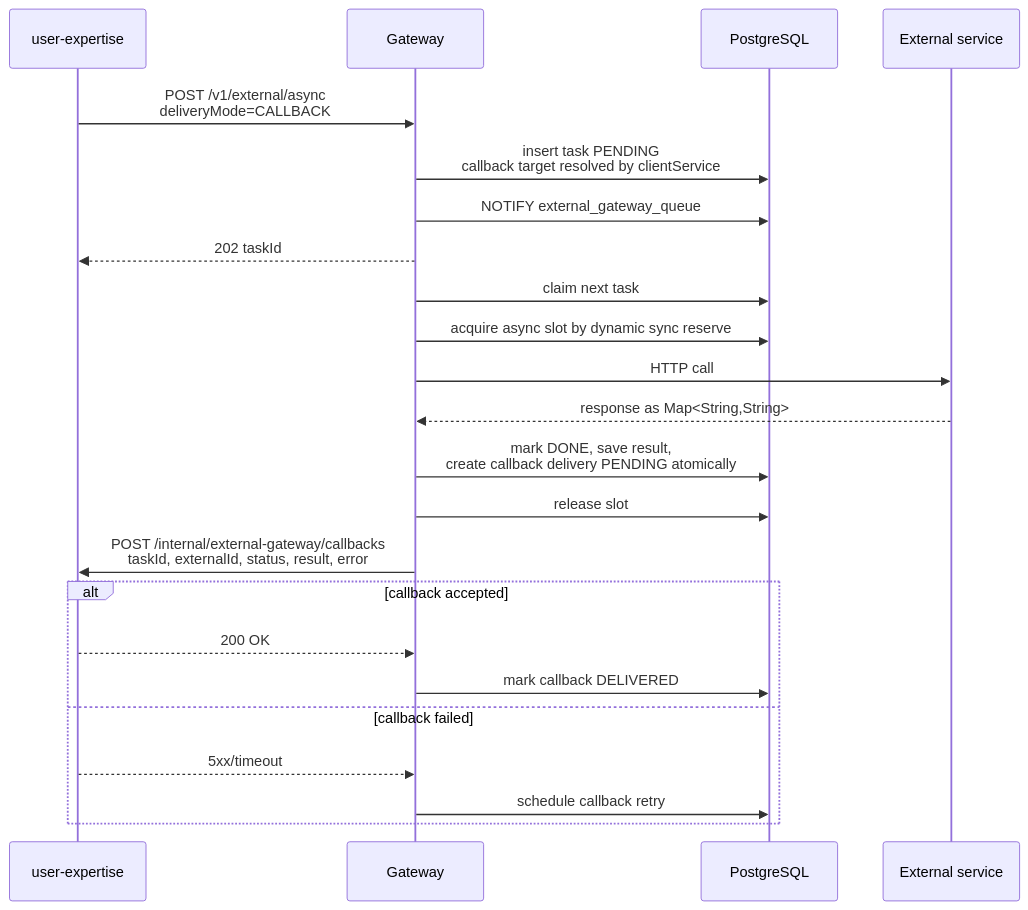
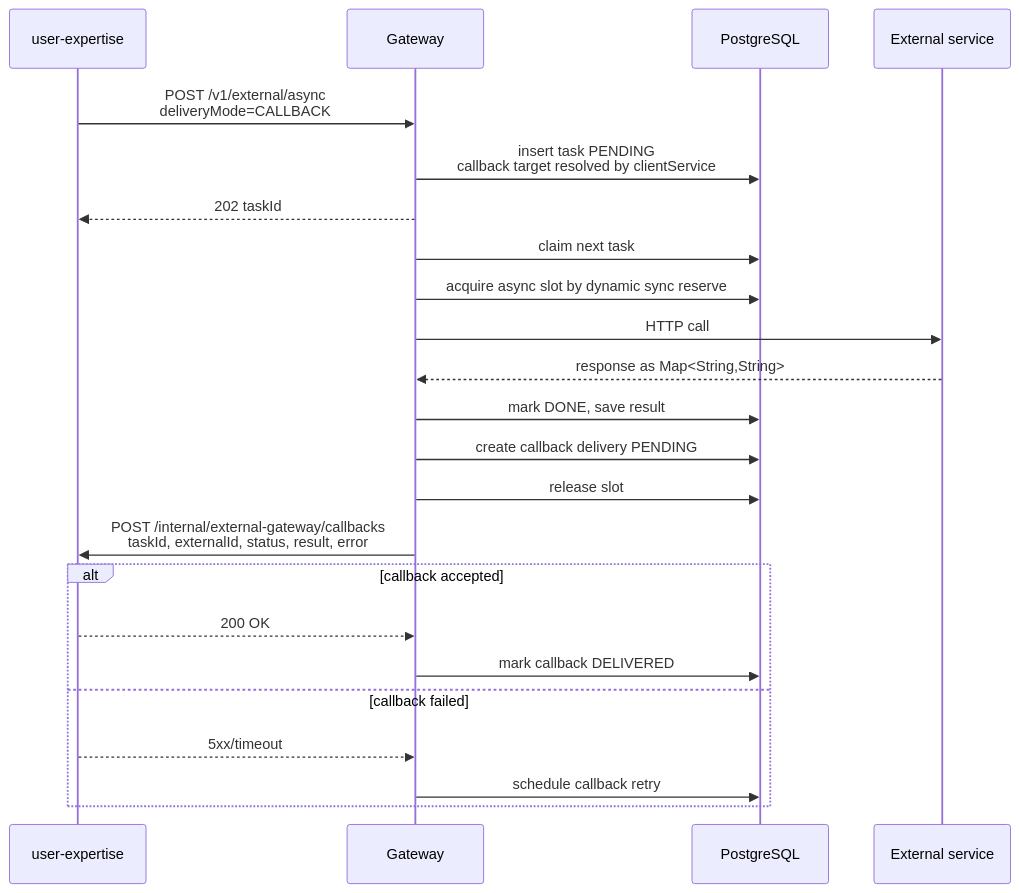
Before and after one commit to DenisVanin4402/TestQwenCli: the fifth of 6 diagrams in docs/external-service-gateway/README.md, drawn with Mermaid. The commit also changed other lines of this file and 26 other files, not shown here.

````diff
--- a/docs/external-service-gateway/README.md
+++ b/docs/external-service-gateway/README.md
@@ -163,26 +208,26 @@
 ```mermaid
 sequenceDiagram
     participant C as user-expertise
     participant G as Gateway
     participant DB as PostgreSQL
     participant E as External service
 
     C->>G: POST /v1/external/async<br/>deliveryMode=CALLBACK
     G->>DB: insert task PENDING<br/>callback target resolved by clientService
-    G->>DB: NOTIFY external_gateway_queue
     G-->>C: 202 taskId
     G->>DB: claim next task
     G->>DB: acquire async slot by dynamic sync reserve
     G->>E: HTTP call
     E-->>G: response as Map<String,String>
-    G->>DB: mark DONE, save result,<br/>create callback delivery PENDING atomically
+    G->>DB: mark DONE, save result
+    G->>DB: create callback delivery PENDING
     G->>DB: release slot
     G->>C: POST /internal/external-gateway/callbacks<br/>taskId, externalId, status, result, error
     alt callback accepted
         C-->>G: 200 OK
         G->>DB: mark callback DELIVERED
     else callback failed
         C-->>G: 5xx/timeout
         G->>DB: schedule callback retry
     end
 ```
````
